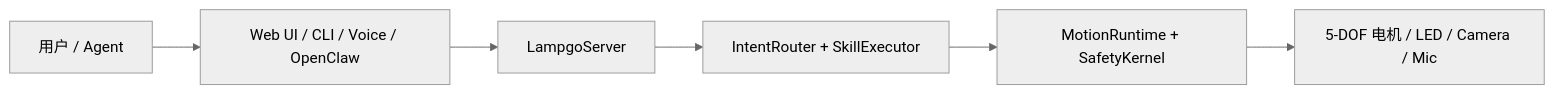
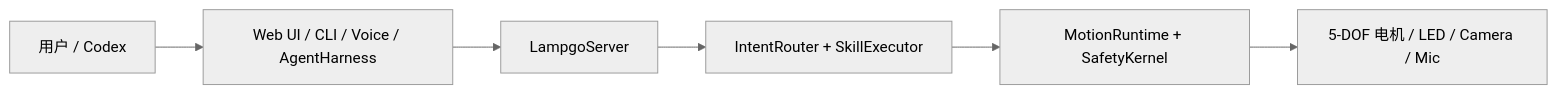
Before and after one commit to ninsmiracle/YareLampGo: the diagram in README.md, drawn with Mermaid (neutral theme). The commit also changed other lines of this file and 76 other files, not shown here.

First line of the commit message:
Replace OpenClaw with local Codex harness (#39)

````diff
--- a/README.md
+++ b/README.md
@@ -166,8 +166,8 @@
 ```mermaid
 flowchart LR
-  user["用户 / Agent"] --> entry["Web UI / CLI / Voice / OpenClaw"]
+  user["用户 / Codex"] --> entry["Web UI / CLI / Voice / AgentHarness"]
   entry --> server["LampgoServer"]
   server --> skills["IntentRouter + SkillExecutor"]
   skills --> safety["MotionRuntime + SafetyKernel"]
   safety --> hardware["5-DOF 电机 / LED / Camera / Mic"]
 ```
````
